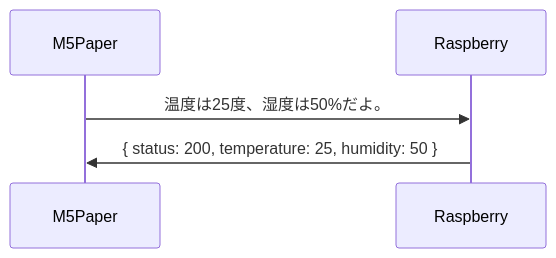
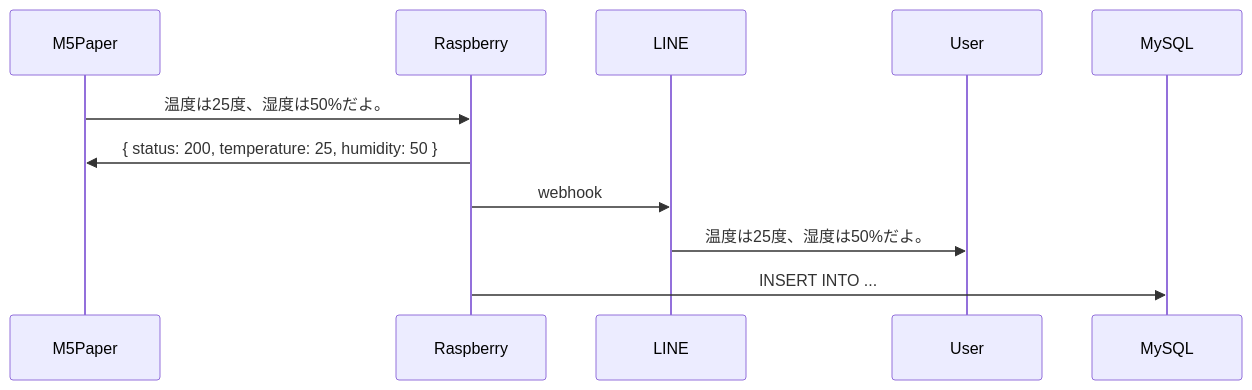
One commit to FukeKazki/boilerplate changed the diagram in source/20220613.md. Above: the diagram before and after it, drawn with Mermaid.

````diff
--- a/source/20220613.md
+++ b/source/20220613.md
@@ -9,7 +9,13 @@
 ```mermaid,autorun
 sequenceDiagram
   participant M5Paper
   participant Raspberry
+  participant LINE
+  participant User
+  participant MySQL
   M5Paper->>Raspberry: 温度は25度、湿度は50%だよ。
   Raspberry->>M5Paper: { status: 200, temperature: 25, humidity: 50 }
+  Raspberry->>LINE: webhook
+  LINE->>User: 温度は25度、湿度は50%だよ。
+  Raspberry->>MySQL: INSERT INTO ...
 ```
````
